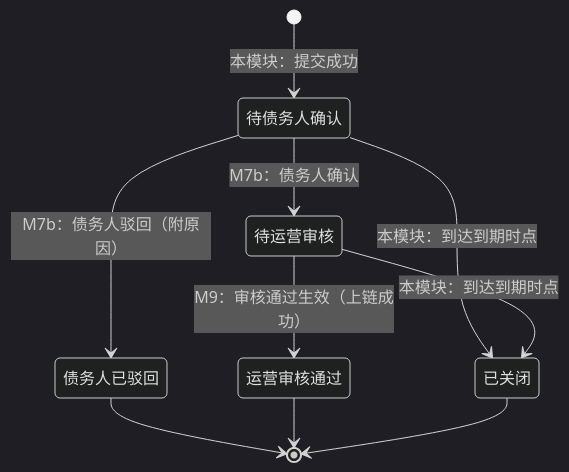
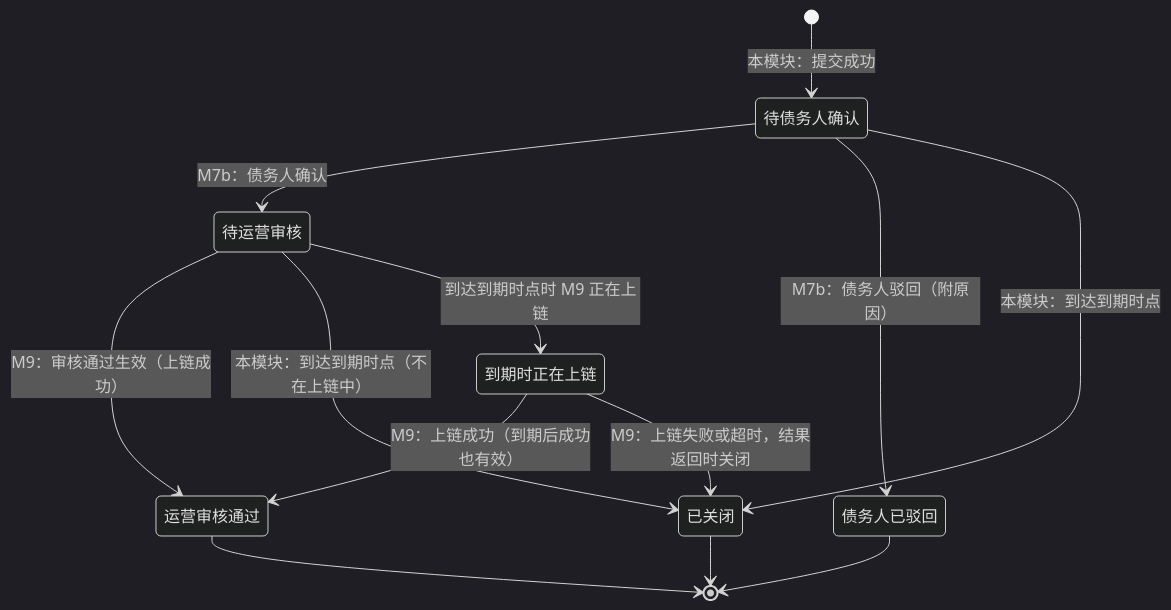
Before and after one commit to wxblockchain/Chain-Financing: the third of 4 diagrams in asset-trust-platform/PRD/企业端/M7a-应收查看与确权申请/02-应收查看与确权申请-流程图与状态机.md, drawn with Mermaid (dark theme). The commit also changed other lines of this file and 4 other files, not shown here.

````diff
--- a/asset-trust-platform/PRD/企业端/M7a-应收查看与确权申请/02-应收查看与确权申请-流程图与状态机.md
+++ b/asset-trust-platform/PRD/企业端/M7a-应收查看与确权申请/02-应收查看与确权申请-流程图与状态机.md
@@ -59,12 +59,15 @@
 ```mermaid
 stateDiagram-v2
     [*] --> 待债务人确认: 本模块：提交成功
     待债务人确认 --> 待运营审核: M7b：债务人确认
     待债务人确认 --> 债务人已驳回: M7b：债务人驳回（附原因）
     待运营审核 --> 运营审核通过: M9：审核通过生效（上链成功）
     待债务人确认 --> 已关闭: 本模块：到达到期时点
-    待运营审核 --> 已关闭: 本模块：到达到期时点
+    待运营审核 --> 已关闭: 本模块：到达到期时点（不在上链中）
+    待运营审核 --> 到期时正在上链: 到达到期时点时 M9 正在上链
+    到期时正在上链 --> 运营审核通过: M9：上链成功（到期后成功也有效）
+    到期时正在上链 --> 已关闭: M9：上链失败或超时，结果返回时关闭
     债务人已驳回 --> [*]
     运营审核通过 --> [*]
     已关闭 --> [*]
 ```
````
